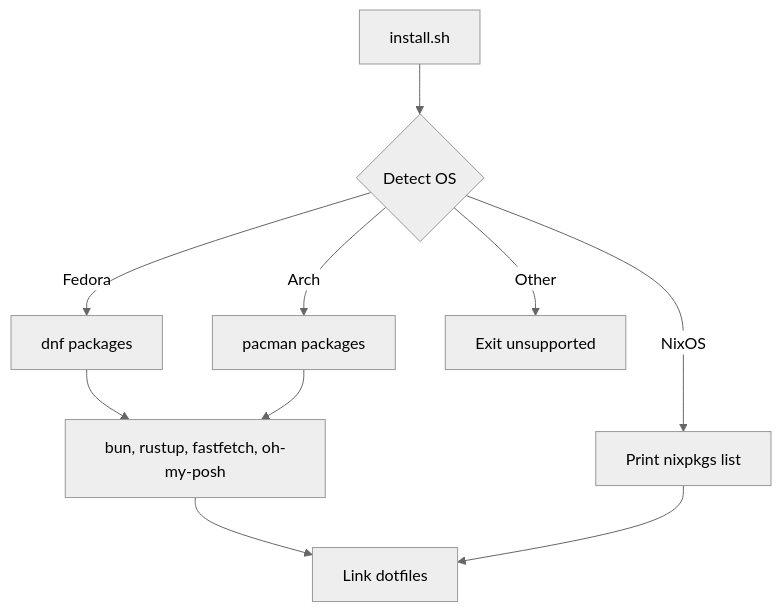
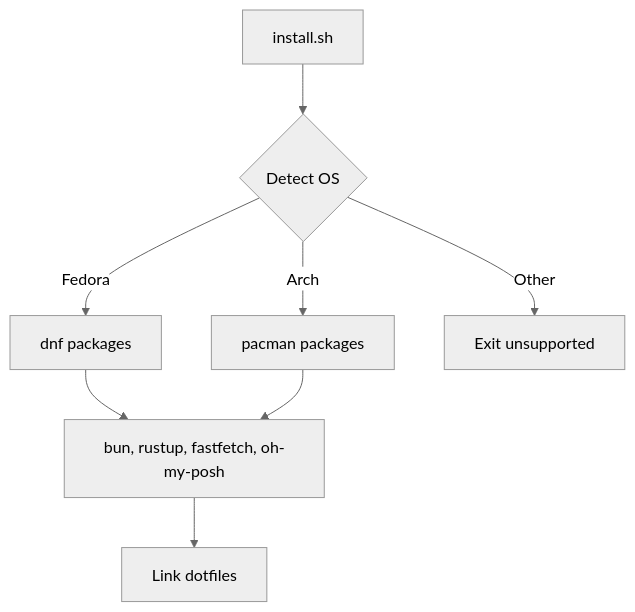
The diagram in README.md (kmfd14/myeow-linux-config), drawn with Mermaid (neutral theme) before and after one commit. The commit also changed other lines of this file and 2 other files, not shown here.

Commit message:
chore: drop NixOS support and document Fedora and Arch only

````diff
--- a/README.md
+++ b/README.md
@@ -54,12 +51,10 @@
 ```mermaid
 flowchart TD
   start["install.sh"] --> os{"Detect OS"}
   os -->|Fedora| fedora["dnf packages"]
   os -->|Arch| arch["pacman packages"]
-  os -->|NixOS| nix["Print nixpkgs list"]
   os -->|Other| fail["Exit unsupported"]
   fedora --> tools["bun, rustup, fastfetch, oh-my-posh"]
   arch --> tools
   tools --> links["Link dotfiles"]
-  nix --> links
 ```
````
